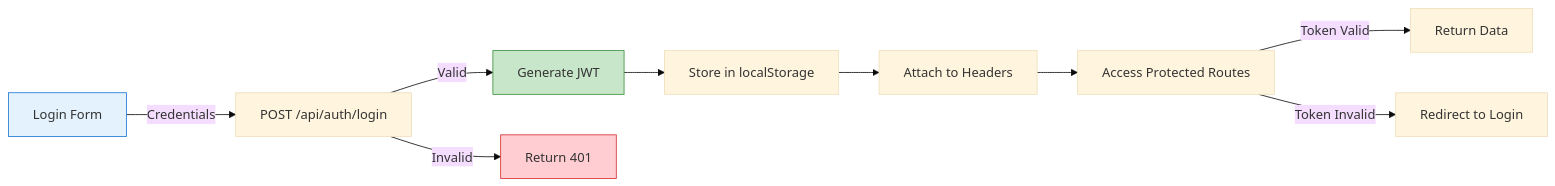
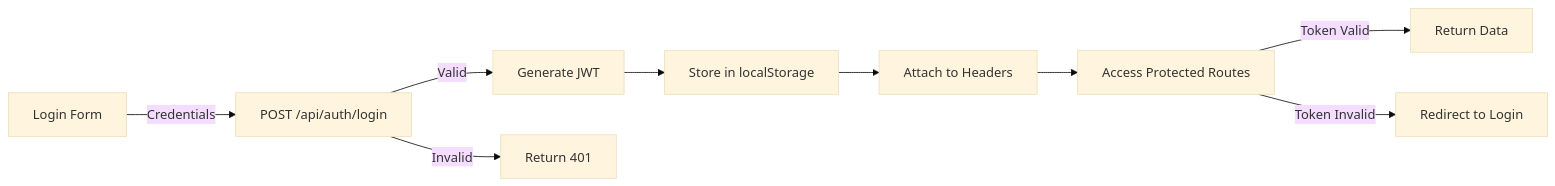
The third of 4 diagrams in README.md (vegapunk-io/ATS), drawn with Mermaid (base theme) before and after one commit. The commit also changed other lines of this file, not shown here.

````diff
--- a/README.md
+++ b/README.md
@@ -134,15 +132,11 @@
 ```mermaid
 flowchart LR
     A[Login Form] -->|Credentials| B[POST /api/auth/login]
     B -->|Valid| C[Generate JWT]
     B -->|Invalid| D[Return 401]
     C --> E[Store in localStorage]
     E --> F[Attach to Headers]
     F --> G[Access Protected Routes]
     G -->|Token Valid| H[Return Data]
     G -->|Token Invalid| I[Redirect to Login]
-    
-    style A fill:#e3f2fd,stroke:#1976d2
-    style C fill:#c8e6c9,stroke:#388e3c
-    style D fill:#ffcdd2,stroke:#d32f2f
 ```
````
